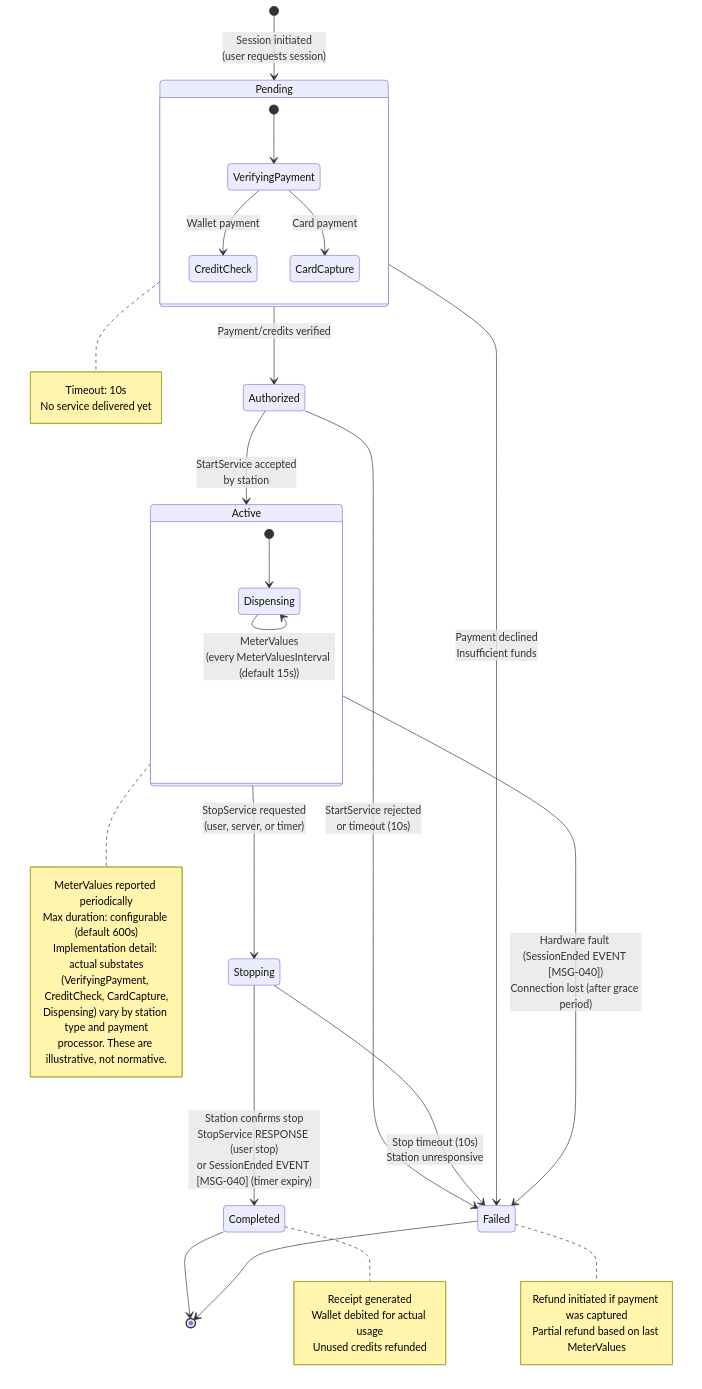
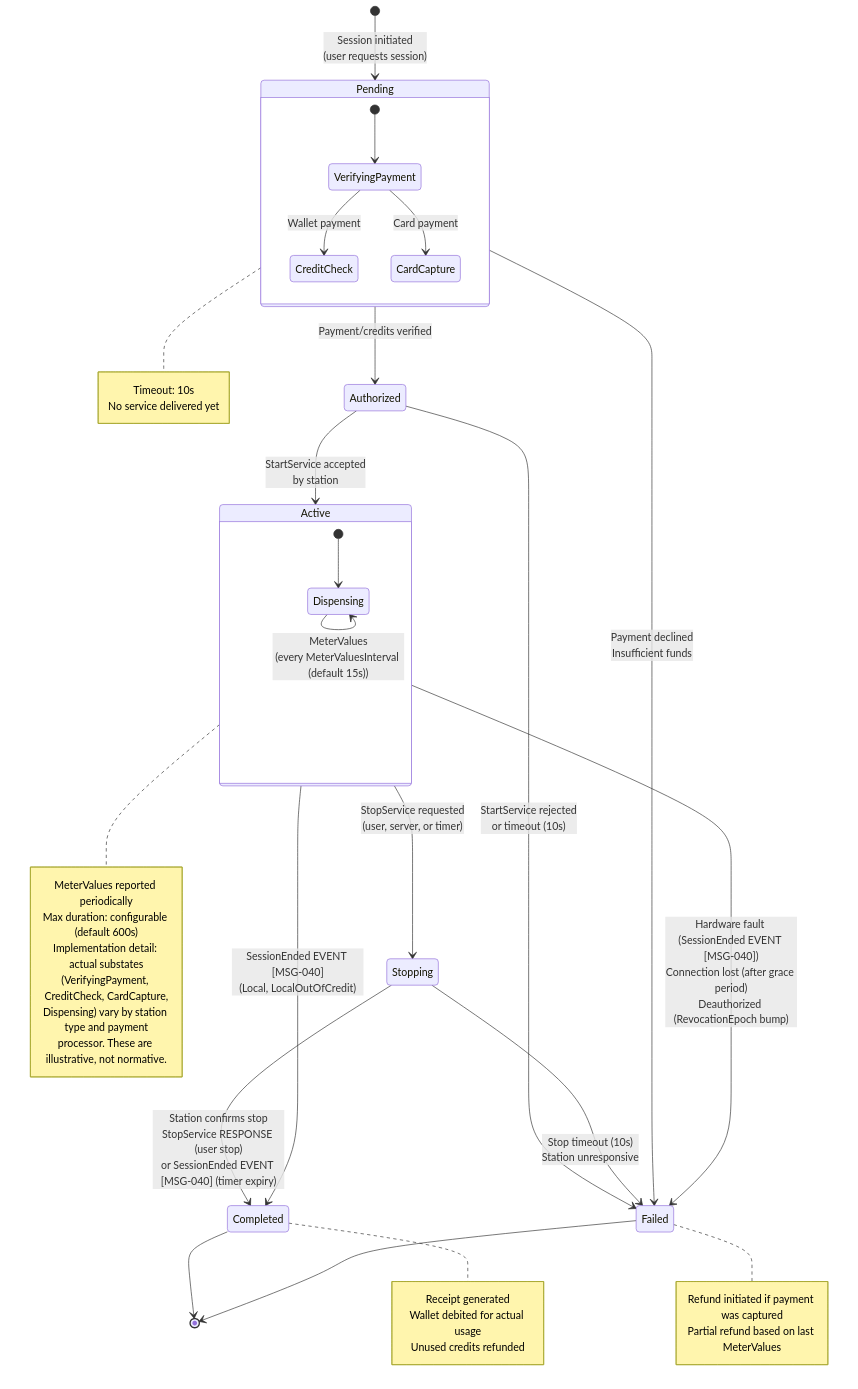
One commit to ospp-org/spec changed the diagram in diagrams/state-machine-session.mmd. Above: the diagram before and after it, drawn with Mermaid. The commit also changed 11 other files, not shown here.

```diff
--- a/diagrams/state-machine-session.mmd
+++ b/diagrams/state-machine-session.mmd
@@ -1,56 +1,57 @@
 %% OSPP Session Lifecycle State Machine
 %% Reference: spec/05-state-machines.md, Section 3
 
 stateDiagram-v2
     [*] --> Pending : Session initiated<br/>(user requests session)
 
     Pending --> Authorized : Payment/credits verified
     Pending --> Failed : Payment declined<br/>Insufficient funds
 
     Authorized --> Active : StartService accepted<br/>by station
     Authorized --> Failed : StartService rejected<br/>or timeout (10s)
 
     Active --> Stopping : StopService requested<br/>(user, server, or timer)
-    Active --> Failed : Hardware fault (SessionEnded EVENT [MSG-040])<br/>Connection lost (after grace period)
+    Active --> Completed : SessionEnded EVENT [MSG-040]<br/>(Local, LocalOutOfCredit)
+    Active --> Failed : Hardware fault (SessionEnded EVENT [MSG-040])<br/>Connection lost (after grace period)<br/>Deauthorized (RevocationEpoch bump)
 
     Stopping --> Completed : Station confirms stop<br/>StopService RESPONSE (user stop)<br/>or SessionEnded EVENT [MSG-040] (timer expiry)
     Stopping --> Failed : Stop timeout (10s)<br/>Station unresponsive
 
     Completed --> [*]
     Failed --> [*]
 
     state Pending {
         [*] --> VerifyingPayment
         VerifyingPayment --> CreditCheck : Wallet payment
         VerifyingPayment --> CardCapture : Card payment
     }
 
     state Active {
         [*] --> Dispensing
         Dispensing --> Dispensing : MeterValues<br/>(every MeterValuesInterval (default 15s))
     }
 
     note right of Pending
         Timeout: 10s
         No service delivered yet
     end note
 
     note right of Active
         MeterValues reported periodically
         Max duration: configurable (default 600s)
         Implementation detail: actual substates
         (VerifyingPayment, CreditCheck, CardCapture,
         Dispensing) vary by station type and payment
         processor. These are illustrative, not normative.
     end note
 
     note right of Completed
         Receipt generated
         Wallet debited for actual usage
         Unused credits refunded
     end note
 
     note right of Failed
         Refund initiated if payment was captured
         Partial refund based on last MeterValues
     end note
```
